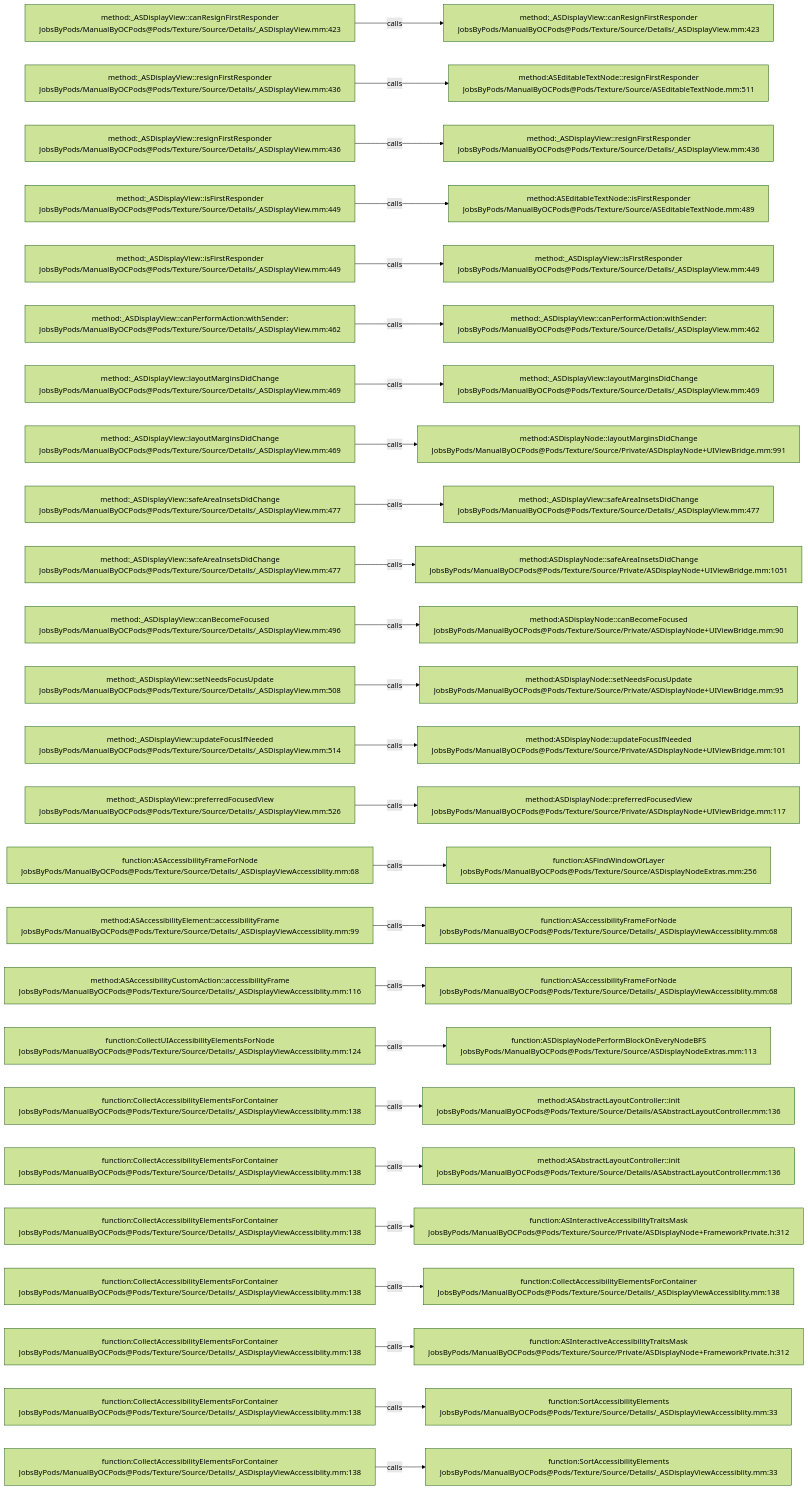
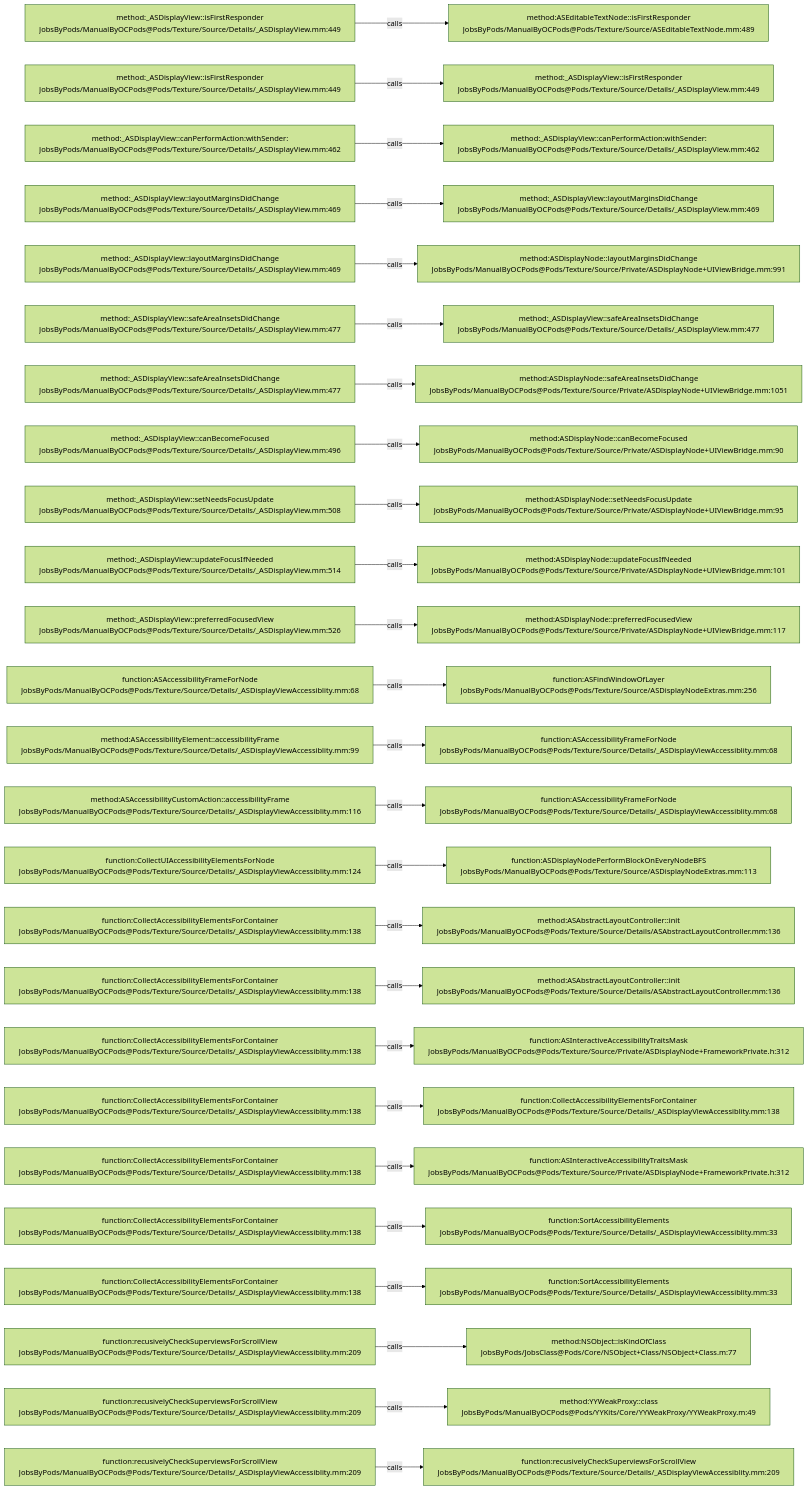
The diagram in .codegraph/codegraph.md/graphs/calls-175.md (JobsKits/JobsOCBaseConfigDemo), drawn with Mermaid (forest theme) before and after one commit. The commit also changed 342 other files, not shown here.

````diff
--- a/.codegraph/codegraph.md/graphs/calls-175.md
+++ b/.codegraph/codegraph.md/graphs/calls-175.md
@@ -13,78 +13,78 @@
 ```mermaid
 flowchart LR
-  S1["method:_ASDisplayView::canResignFirstResponder<br/>JobsByPods/ManualByOCPods@Pods/Texture/Source/Details/_ASDisplayView.mm:423"]
-  T1["method:_ASDisplayView::canResignFirstResponder<br/>JobsByPods/ManualByOCPods@Pods/Texture/Source/Details/_ASDisplayView.mm:423"]
+  S1["method:_ASDisplayView::isFirstResponder<br/>JobsByPods/ManualByOCPods@Pods/Texture/Source/Details/_ASDisplayView.mm:449"]
+  T1["method:ASEditableTextNode::isFirstResponder<br/>JobsByPods/ManualByOCPods@Pods/Texture/Source/ASEditableTextNode.mm:489"]
   S1 -->|calls| T1
-  S2["method:_ASDisplayView::resignFirstResponder<br/>JobsByPods/ManualByOCPods@Pods/Texture/Source/Details/_ASDisplayView.mm:436"]
-  T2["method:ASEditableTextNode::resignFirstResponder<br/>JobsByPods/ManualByOCPods@Pods/Texture/Source/ASEditableTextNode.mm:511"]
+  S2["method:_ASDisplayView::isFirstResponder<br/>JobsByPods/ManualByOCPods@Pods/Texture/Source/Details/_ASDisplayView.mm:449"]
+  T2["method:_ASDisplayView::isFirstResponder<br/>JobsByPods/ManualByOCPods@Pods/Texture/Source/Details/_ASDisplayView.mm:449"]
   S2 -->|calls| T2
-  S3["method:_ASDisplayView::resignFirstResponder<br/>JobsByPods/ManualByOCPods@Pods/Texture/Source/Details/_ASDisplayView.mm:436"]
-  T3["method:_ASDisplayView::resignFirstResponder<br/>JobsByPods/ManualByOCPods@Pods/Texture/Source/Details/_ASDisplayView.mm:436"]
+  S3["method:_ASDisplayView::canPerformAction:withSender:<br/>JobsByPods/ManualByOCPods@Pods/Texture/Source/Details/_ASDisplayView.mm:462"]
+  T3["method:_ASDisplayView::canPerformAction:withSender:<br/>JobsByPods/ManualByOCPods@Pods/Texture/Source/Details/_ASDisplayView.mm:462"]
   S3 -->|calls| T3
-  S4["method:_ASDisplayView::isFirstResponder<br/>JobsByPods/ManualByOCPods@Pods/Texture/Source/Details/_ASDisplayView.mm:449"]
-  T4["method:ASEditableTextNode::isFirstResponder<br/>JobsByPods/ManualByOCPods@Pods/Texture/Source/ASEditableTextNode.mm:489"]
+  S4["method:_ASDisplayView::layoutMarginsDidChange<br/>JobsByPods/ManualByOCPods@Pods/Texture/Source/Details/_ASDisplayView.mm:469"]
+  T4["method:_ASDisplayView::layoutMarginsDidChange<br/>JobsByPods/ManualByOCPods@Pods/Texture/Source/Details/_ASDisplayView.mm:469"]
   S4 -->|calls| T4
-  S5["method:_ASDisplayView::isFirstResponder<br/>JobsByPods/ManualByOCPods@Pods/Texture/Source/Details/_ASDisplayView.mm:449"]
-  T5["method:_ASDisplayView::isFirstResponder<br/>JobsByPods/ManualByOCPods@Pods/Texture/Source/Details/_ASDisplayView.mm:449"]
+  S5["method:_ASDisplayView::layoutMarginsDidChange<br/>JobsByPods/ManualByOCPods@Pods/Texture/Source/Details/_ASDisplayView.mm:469"]
+  T5["method:ASDisplayNode::layoutMarginsDidChange<br/>JobsByPods/ManualByOCPods@Pods/Texture/Source/Private/ASDisplayNode+UIViewBridge.mm:991"]
   S5 -->|calls| T5
-  S6["method:_ASDisplayView::canPerformAction:withSender:<br/>JobsByPods/ManualByOCPods@Pods/Texture/Source/Details/_ASDisplayView.mm:462"]
-  T6["method:_ASDisplayView::canPerformAction:withSender:<br/>JobsByPods/ManualByOCPods@Pods/Texture/Source/Details/_ASDisplayView.mm:462"]
+  S6["method:_ASDisplayView::safeAreaInsetsDidChange<br/>JobsByPods/ManualByOCPods@Pods/Texture/Source/Details/_ASDisplayView.mm:477"]
+  T6["method:_ASDisplayView::safeAreaInsetsDidChange<br/>JobsByPods/ManualByOCPods@Pods/Texture/Source/Details/_ASDisplayView.mm:477"]
   S6 -->|calls| T6
-  S7["method:_ASDisplayView::layoutMarginsDidChange<br/>JobsByPods/ManualByOCPods@Pods/Texture/Source/Details/_ASDisplayView.mm:469"]
-  T7["method:_ASDisplayView::layoutMarginsDidChange<br/>JobsByPods/ManualByOCPods@Pods/Texture/Source/Details/_ASDisplayView.mm:469"]
+  S7["method:_ASDisplayView::safeAreaInsetsDidChange<br/>JobsByPods/ManualByOCPods@Pods/Texture/Source/Details/_ASDisplayView.mm:477"]
+  T7["method:ASDisplayNode::safeAreaInsetsDidChange<br/>JobsByPods/ManualByOCPods@Pods/Texture/Source/Private/ASDisplayNode+UIViewBridge.mm:1051"]
   S7 -->|calls| T7
-  S8["method:_ASDisplayView::layoutMarginsDidChange<br/>JobsByPods/ManualByOCPods@Pods/Texture/Source/Details/_ASDisplayView.mm:469"]
-  T8["method:ASDisplayNode::layoutMarginsDidChange<br/>JobsByPods/ManualByOCPods@Pods/Texture/Source/Private/ASDisplayNode+UIViewBridge.mm:991"]
+  S8["method:_ASDisplayView::canBecomeFocused<br/>JobsByPods/ManualByOCPods@Pods/Texture/Source/Details/_ASDisplayView.mm:496"]
+  T8["method:ASDisplayNode::canBecomeFocused<br/>JobsByPods/ManualByOCPods@Pods/Texture/Source/Private/ASDisplayNode+UIViewBridge.mm:90"]
   S8 -->|calls| T8
-  S9["method:_ASDisplayView::safeAreaInsetsDidChange<br/>JobsByPods/ManualByOCPods@Pods/Texture/Source/Details/_ASDisplayView.mm:477"]
-  T9["method:_ASDisplayView::safeAreaInsetsDidChange<br/>JobsByPods/ManualByOCPods@Pods/Texture/Source/Details/_ASDisplayView.mm:477"]
+  S9["method:_ASDisplayView::setNeedsFocusUpdate<br/>JobsByPods/ManualByOCPods@Pods/Texture/Source/Details/_ASDisplayView.mm:508"]
+  T9["method:ASDisplayNode::setNeedsFocusUpdate<br/>JobsByPods/ManualByOCPods@Pods/Texture/Source/Private/ASDisplayNode+UIViewBridge.mm:95"]
   S9 -->|calls| T9
-  S10["method:_ASDisplayView::safeAreaInsetsDidChange<br/>JobsByPods/ManualByOCPods@Pods/Texture/Source/Details/_ASDisplayView.mm:477"]
-  T10["method:ASDisplayNode::safeAreaInsetsDidChange<br/>JobsByPods/ManualByOCPods@Pods/Texture/Source/Private/ASDisplayNode+UIViewBridge.mm:1051"]
+  S10["method:_ASDisplayView::updateFocusIfNeeded<br/>JobsByPods/ManualByOCPods@Pods/Texture/Source/Details/_ASDisplayView.mm:514"]
+  T10["method:ASDisplayNode::updateFocusIfNeeded<br/>JobsByPods/ManualByOCPods@Pods/Texture/Source/Private/ASDisplayNode+UIViewBridge.mm:101"]
   S10 -->|calls| T10
-  S11["method:_ASDisplayView::canBecomeFocused<br/>JobsByPods/ManualByOCPods@Pods/Texture/Source/Details/_ASDisplayView.mm:496"]
-  T11["method:ASDisplayNode::canBecomeFocused<br/>JobsByPods/ManualByOCPods@Pods/Texture/Source/Private/ASDisplayNode+UIViewBridge.mm:90"]
+  S11["method:_ASDisplayView::preferredFocusedView<br/>JobsByPods/ManualByOCPods@Pods/Texture/Source/Details/_ASDisplayView.mm:526"]
+  T11["method:ASDisplayNode::preferredFocusedView<br/>JobsByPods/ManualByOCPods@Pods/Texture/Source/Private/ASDisplayNode+UIViewBridge.mm:117"]
   S11 -->|calls| T11
-  S12["method:_ASDisplayView::setNeedsFocusUpdate<br/>JobsByPods/ManualByOCPods@Pods/Texture/Source/Details/_ASDisplayView.mm:508"]
-  T12["method:ASDisplayNode::setNeedsFocusUpdate<br/>JobsByPods/ManualByOCPods@Pods/Texture/Source/Private/ASDisplayNode+UIViewBridge.mm:95"]
+  S12["function:ASAccessibilityFrameForNode<br/>JobsByPods/ManualByOCPods@Pods/Texture/Source/Details/_ASDisplayViewAccessiblity.mm:68"]
+  T12["function:ASFindWindowOfLayer<br/>JobsByPods/ManualByOCPods@Pods/Texture/Source/ASDisplayNodeExtras.mm:256"]
   S12 -->|calls| T12
-  S13["method:_ASDisplayView::updateFocusIfNeeded<br/>JobsByPods/ManualByOCPods@Pods/Texture/Source/Details/_ASDisplayView.mm:514"]
-  T13["method:ASDisplayNode::updateFocusIfNeeded<br/>JobsByPods/ManualByOCPods@Pods/Texture/Source/Private/ASDisplayNode+UIViewBridge.mm:101"]
+  S13["method:ASAccessibilityElement::accessibilityFrame<br/>JobsByPods/ManualByOCPods@Pods/Texture/Source/Details/_ASDisplayViewAccessiblity.mm:99"]
+  T13["function:ASAccessibilityFrameForNode<br/>JobsByPods/ManualByOCPods@Pods/Texture/Source/Details/_ASDisplayViewAccessiblity.mm:68"]
   S13 -->|calls| T13
-  S14["method:_ASDisplayView::preferredFocusedView<br/>JobsByPods/ManualByOCPods@Pods/Texture/Source/Details/_ASDisplayView.mm:526"]
-  T14["method:ASDisplayNode::preferredFocusedView<br/>JobsByPods/ManualByOCPods@Pods/Texture/Source/Private/ASDisplayNode+UIViewBridge.mm:117"]
+  S14["method:ASAccessibilityCustomAction::accessibilityFrame<br/>JobsByPods/ManualByOCPods@Pods/Texture/Source/Details/_ASDisplayViewAccessiblity.mm:116"]
+  T14["function:ASAccessibilityFrameForNode<br/>JobsByPods/ManualByOCPods@Pods/Texture/Source/Details/_ASDisplayViewAccessiblity.mm:68"]
   S14 -->|calls| T14
-  S15["function:ASAccessibilityFrameForNode<br/>JobsByPods/ManualByOCPods@Pods/Texture/Source/Details/_ASDisplayViewAccessiblity.mm:68"]
-  T15["function:ASFindWindowOfLayer<br/>JobsByPods/ManualByOCPods@Pods/Texture/Source/ASDisplayNodeExtras.mm:256"]
+  S15["function:CollectUIAccessibilityElementsForNode<br/>JobsByPods/ManualByOCPods@Pods/Texture/Source/Details/_ASDisplayViewAccessiblity.mm:124"]
+  T15["function:ASDisplayNodePerformBlockOnEveryNodeBFS<br/>JobsByPods/ManualByOCPods@Pods/Texture/Source/ASDisplayNodeExtras.mm:113"]
   S15 -->|calls| T15
-  S16["method:ASAccessibilityElement::accessibilityFrame<br/>JobsByPods/ManualByOCPods@Pods/Texture/Source/Details/_ASDisplayViewAccessiblity.mm:99"]
-  T16["function:ASAccessibilityFrameForNode<br/>JobsByPods/ManualByOCPods@Pods/Texture/Source/Details/_ASDisplayViewAccessiblity.mm:68"]
+  S16["function:CollectAccessibilityElementsForContainer<br/>JobsByPods/ManualByOCPods@Pods/Texture/Source/Details/_ASDisplayViewAccessiblity.mm:138"]
+  T16["method:ASAbstractLayoutController::init<br/>JobsByPods/ManualByOCPods@Pods/Texture/Source/Details/ASAbstractLayoutController.mm:136"]
   S16 -->|calls| T16
-  S17["method:ASAccessibilityCustomAction::accessibilityFrame<br/>JobsByPods/ManualByOCPods@Pods/Texture/Source/Details/_ASDisplayViewAccessiblity.mm:116"]
-  T17["function:ASAccessibilityFrameForNode<br/>JobsByPods/ManualByOCPods@Pods/Texture/Source/Details/_ASDisplayViewAccessiblity.mm:68"]
+  S17["function:CollectAccessibilityElementsForContainer<br/>JobsByPods/ManualByOCPods@Pods/Texture/Source/Details/_ASDisplayViewAccessiblity.mm:138"]
+  T17["method:ASAbstractLayoutController::init<br/>JobsByPods/ManualByOCPods@Pods/Texture/Source/Details/ASAbstractLayoutController.mm:136"]
   S17 -->|calls| T17
-  S18["function:CollectUIAccessibilityElementsForNode<br/>JobsByPods/ManualByOCPods@Pods/Texture/Source/Details/_ASDisplayViewAccessiblity.mm:124"]
-  T18["function:ASDisplayNodePerformBlockOnEveryNodeBFS<br/>JobsByPods/ManualByOCPods@Pods/Texture/Source/ASDisplayNodeExtras.mm:113"]
+  S18["function:CollectAccessibilityElementsForContainer<br/>JobsByPods/ManualByOCPods@Pods/Texture/Source/Details/_ASDisplayViewAccessiblity.mm:138"]
+  T18["function:ASInteractiveAccessibilityTraitsMask<br/>JobsByPods/ManualByOCPods@Pods/Texture/Source/Private/ASDisplayNode+FrameworkPrivate.h:312"]
   S18 -->|calls| T18
   S19["function:CollectAccessibilityElementsForContainer<br/>JobsByPods/ManualByOCPods@Pods/Texture/Source/Details/_ASDisplayViewAccessiblity.mm:138"]
-  T19["method:ASAbstractLayoutController::init<br/>JobsByPods/ManualByOCPods@Pods/Texture/Source/Details/ASAbstractLayoutController.mm:136"]
+  T19["function:CollectAccessibilityElementsForContainer<br/>JobsByPods/ManualByOCPods@Pods/Texture/Source/Details/_ASDisplayViewAccessiblity.mm:138"]
   S19 -->|calls| T19
   S20["function:CollectAccessibilityElementsForContainer<br/>JobsByPods/ManualByOCPods@Pods/Texture/Source/Details/_ASDisplayViewAccessiblity.mm:138"]
-  T20["method:ASAbstractLayoutController::init<br/>JobsByPods/ManualByOCPods@Pods/Texture/Source/Details/ASAbstractLayoutController.mm:136"]
+  T20["function:ASInteractiveAccessibilityTraitsMask<br/>JobsByPods/ManualByOCPods@Pods/Texture/Source/Private/ASDisplayNode+FrameworkPrivate.h:312"]
   S20 -->|calls| T20
   S21["function:CollectAccessibilityElementsForContainer<br/>JobsByPods/ManualByOCPods@Pods/Texture/Source/Details/_ASDisplayViewAccessiblity.mm:138"]
-  T21["function:ASInteractiveAccessibilityTraitsMask<br/>JobsByPods/ManualByOCPods@Pods/Texture/Source/Private/ASDisplayNode+FrameworkPrivate.h:312"]
+  T21["function:SortAccessibilityElements<br/>JobsByPods/ManualByOCPods@Pods/Texture/Source/Details/_ASDisplayViewAccessiblity.mm:33"]
   S21 -->|calls| T21
   S22["function:CollectAccessibilityElementsForContainer<br/>JobsByPods/ManualByOCPods@Pods/Texture/Source/Details/_ASDisplayViewAccessiblity.mm:138"]
-  T22["function:CollectAccessibilityElementsForContainer<br/>JobsByPods/ManualByOCPods@Pods/Texture/Source/Details/_ASDisplayViewAccessiblity.mm:138"]
+  T22["function:SortAccessibilityElements<br/>JobsByPods/ManualByOCPods@Pods/Texture/Source/Details/_ASDisplayViewAccessiblity.mm:33"]
   S22 -->|calls| T22
-  S23["function:CollectAccessibilityElementsForContainer<br/>JobsByPods/ManualByOCPods@Pods/Texture/Source/Details/_ASDisplayViewAccessiblity.mm:138"]
-  T23["function:ASInteractiveAccessibilityTraitsMask<br/>JobsByPods/ManualByOCPods@Pods/Texture/Source/Private/ASDisplayNode+FrameworkPrivate.h:312"]
+  S23["function:recusivelyCheckSuperviewsForScrollView<br/>JobsByPods/ManualByOCPods@Pods/Texture/Source/Details/_ASDisplayViewAccessiblity.mm:209"]
+  T23["method:NSObject::isKindOfClass<br/>JobsByPods/JobsClass@Pods/Core/NSObject+Class/NSObject+Class.m:77"]
   S23 -->|calls| T23
-  S24["function:CollectAccessibilityElementsForContainer<br/>JobsByPods/ManualByOCPods@Pods/Texture/Source/Details/_ASDisplayViewAccessiblity.mm:138"]
-  T24["function:SortAccessibilityElements<br/>JobsByPods/ManualByOCPods@Pods/Texture/Source/Details/_ASDisplayViewAccessiblity.mm:33"]
+  S24["function:recusivelyCheckSuperviewsForScrollView<br/>JobsByPods/ManualByOCPods@Pods/Texture/Source/Details/_ASDisplayViewAccessiblity.mm:209"]
+  T24["method:YYWeakProxy::class<br/>JobsByPods/ManualByOCPods@Pods/YYKits/Core/YYWeakProxy/YYWeakProxy.m:49"]
   S24 -->|calls| T24
-  S25["function:CollectAccessibilityElementsForContainer<br/>JobsByPods/ManualByOCPods@Pods/Texture/Source/Details/_ASDisplayViewAccessiblity.mm:138"]
-  T25["function:SortAccessibilityElements<br/>JobsByPods/ManualByOCPods@Pods/Texture/Source/Details/_ASDisplayViewAccessiblity.mm:33"]
+  S25["function:recusivelyCheckSuperviewsForScrollView<br/>JobsByPods/ManualByOCPods@Pods/Texture/Source/Details/_ASDisplayViewAccessiblity.mm:209"]
+  T25["function:recusivelyCheckSuperviewsForScrollView<br/>JobsByPods/ManualByOCPods@Pods/Texture/Source/Details/_ASDisplayViewAccessiblity.mm:209"]
   S25 -->|calls| T25
 ```
````
